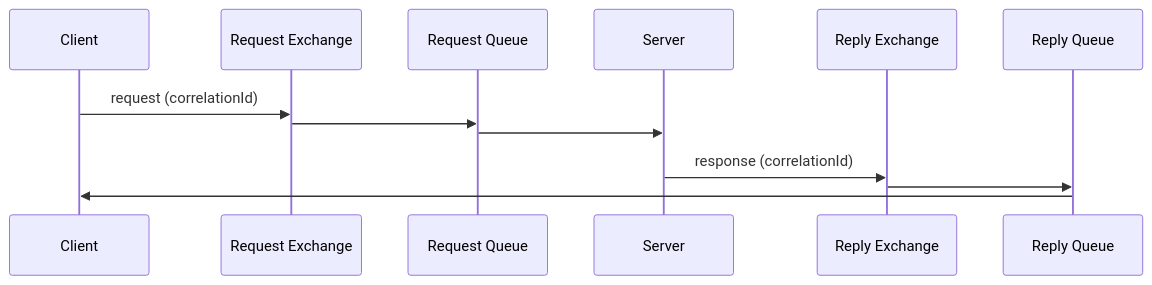
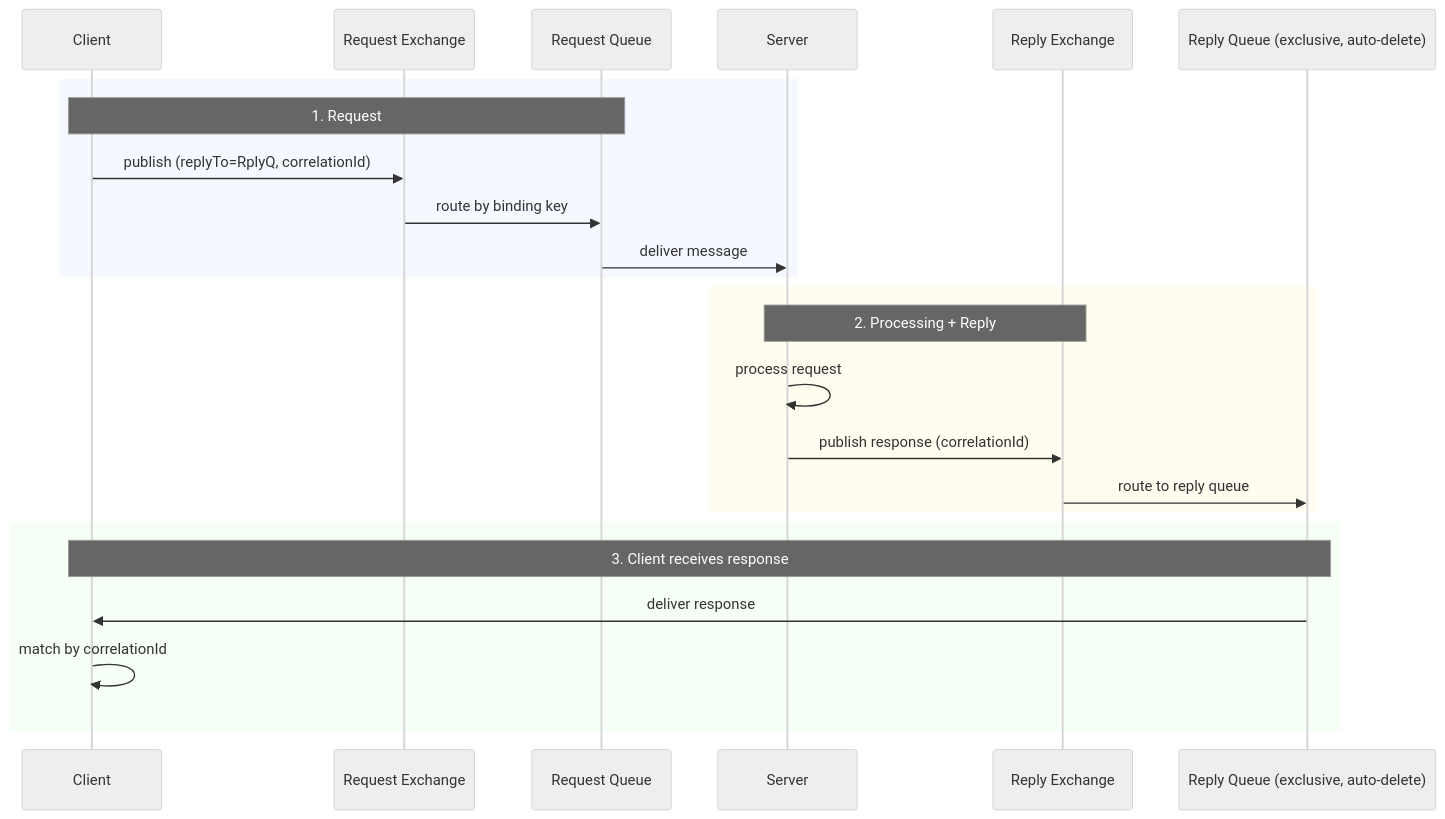
Before and after one commit to MishaSytch/middle_java_back: the fifth of 5 diagrams in docs/interview/rabbitmq.md, drawn with Mermaid. The commit also changed other lines of this file and 15 other files, not shown here.

````diff
--- a/docs/interview/rabbitmq.md
+++ b/docs/interview/rabbitmq.md
@@ -620,15 +659,30 @@
 ```mermaid
+%%{init: { 'theme': 'neutral', 'themeVariables': { 'primaryColor': '#f3f4f6' } } }%%
 sequenceDiagram
-    participant Client
+    participant Client as Client
     participant ReqExch as Request Exchange
     participant ReqQ as Request Queue
-    participant Server
+    participant Server as Server
     participant RplyExch as Reply Exchange
-    participant RplyQ as Reply Queue
-    Client ->> ReqExch: request (correlationId)
-    ReqExch ->> ReqQ:
-    ReqQ ->> Server:
-    Server ->> RplyExch: response (correlationId)
-    RplyExch ->> RplyQ:
-    RplyQ ->> Client:
+    participant RplyQ as Reply Queue (exclusive, auto-delete)
+
+    rect rgb(245,248,255)
+    Note over Client,ReqQ: 1. Request
+    Client->>ReqExch: publish (replyTo=RplyQ, correlationId)
+    ReqExch->>ReqQ: route by binding key
+    ReqQ->>Server: deliver message
+    end
+
+    rect rgb(255,252,240)
+    Note over Server,RplyExch: 2. Processing + Reply
+    Server->>Server: process request
+    Server->>RplyExch: publish response (correlationId)
+    RplyExch->>RplyQ: route to reply queue
+    end
+
+    rect rgb(245,255,245)
+    Note over RplyQ,Client: 3. Client receives response
+    RplyQ->>Client: deliver response
+    Client->>Client: match by correlationId
+    end
 ```
````
